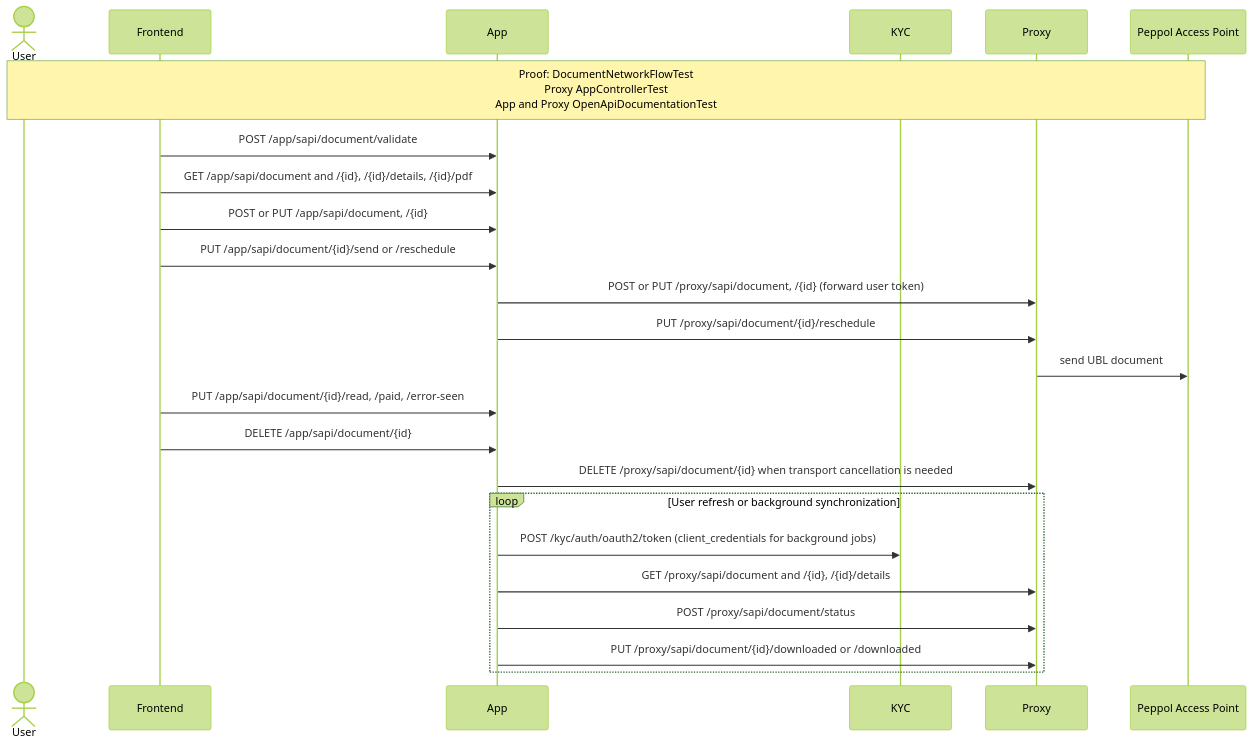
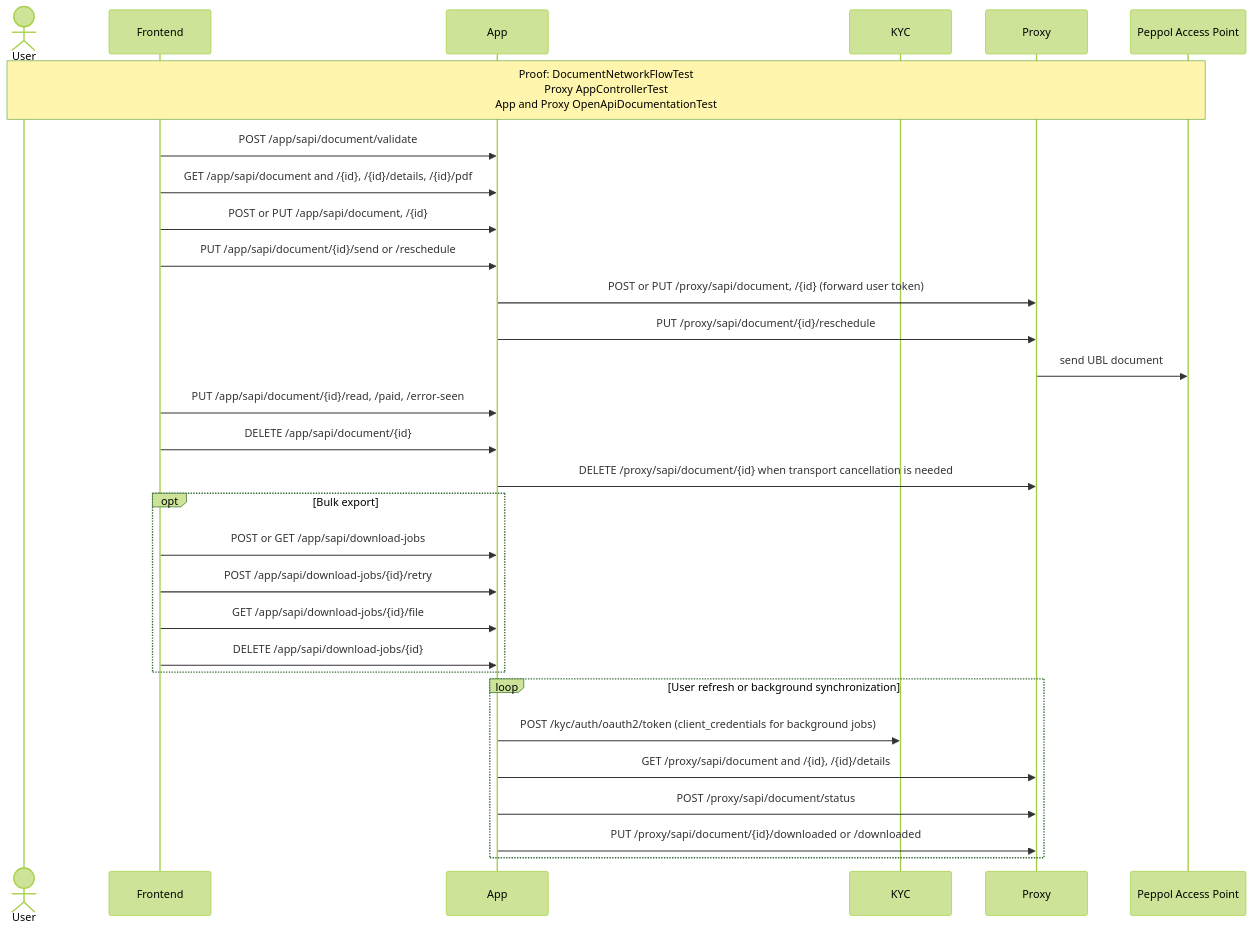
The diagram in readme/api-document-lifecycle.md (letspeppol/letspeppol), drawn with Mermaid (forest theme) before and after one commit. The commit also changed other lines of this file and 145 other files, not shown here.

````diff
--- a/readme/api-document-lifecycle.md
+++ b/readme/api-document-lifecycle.md
@@ -8,27 +8,33 @@
 ```mermaid
 sequenceDiagram
     actor User
     participant UI as Frontend
     participant App
     participant KYC
     participant Proxy
     participant AP as Peppol Access Point
 
     Note over User,AP: Proof: DocumentNetworkFlowTest<br/>Proxy AppControllerTest<br/>App and Proxy OpenApiDocumentationTest
     UI->>App: POST /app/sapi/document/validate
     UI->>App: GET /app/sapi/document and /{id}, /{id}/details, /{id}/pdf
     UI->>App: POST or PUT /app/sapi/document, /{id}
     UI->>App: PUT /app/sapi/document/{id}/send or /reschedule
     App->>Proxy: POST or PUT /proxy/sapi/document, /{id} (forward user token)
     App->>Proxy: PUT /proxy/sapi/document/{id}/reschedule
     Proxy->>AP: send UBL document
     UI->>App: PUT /app/sapi/document/{id}/read, /paid, /error-seen
     UI->>App: DELETE /app/sapi/document/{id}
     App->>Proxy: DELETE /proxy/sapi/document/{id} when transport cancellation is needed
+    opt Bulk export
+        UI->>App: POST or GET /app/sapi/download-jobs
+        UI->>App: POST /app/sapi/download-jobs/{id}/retry
+        UI->>App: GET /app/sapi/download-jobs/{id}/file
+        UI->>App: DELETE /app/sapi/download-jobs/{id}
+    end
     loop User refresh or background synchronization
         App->>KYC: POST /kyc/auth/oauth2/token (client_credentials for background jobs)
         App->>Proxy: GET /proxy/sapi/document and /{id}, /{id}/details
         App->>Proxy: POST /proxy/sapi/document/status
         App->>Proxy: PUT /proxy/sapi/document/{id}/downloaded or /downloaded
     end
 ```
````
